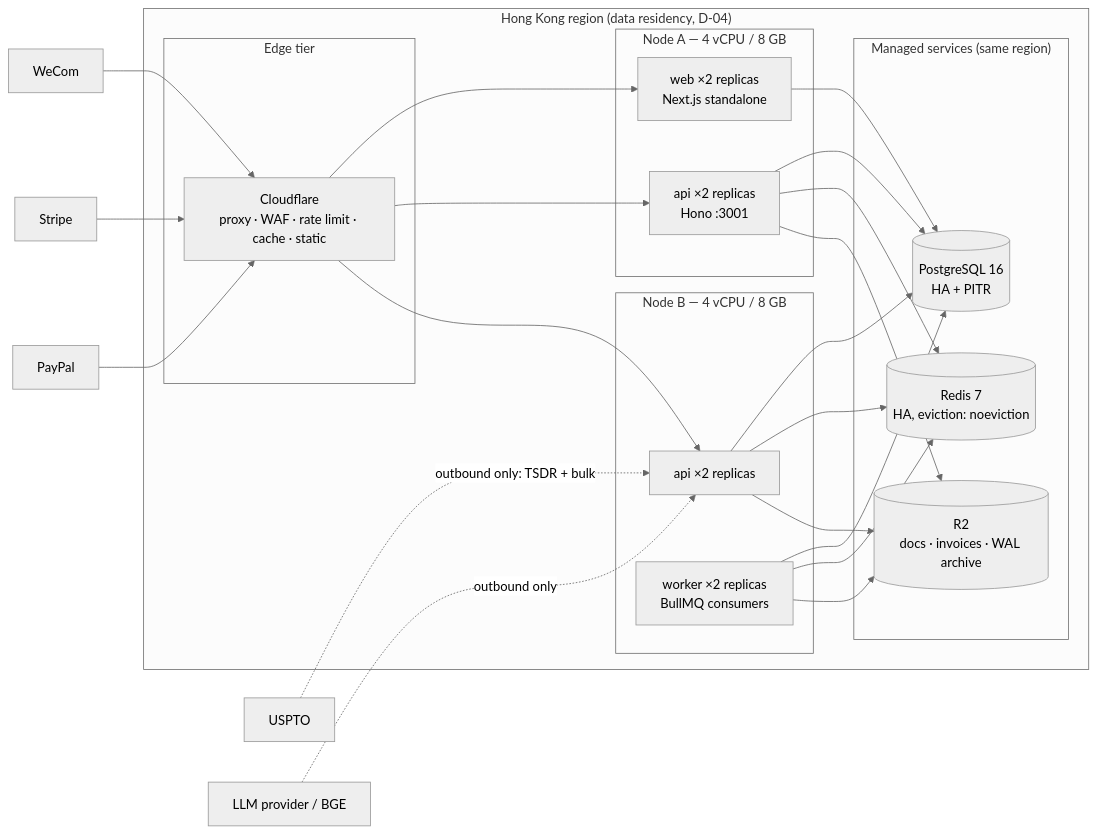
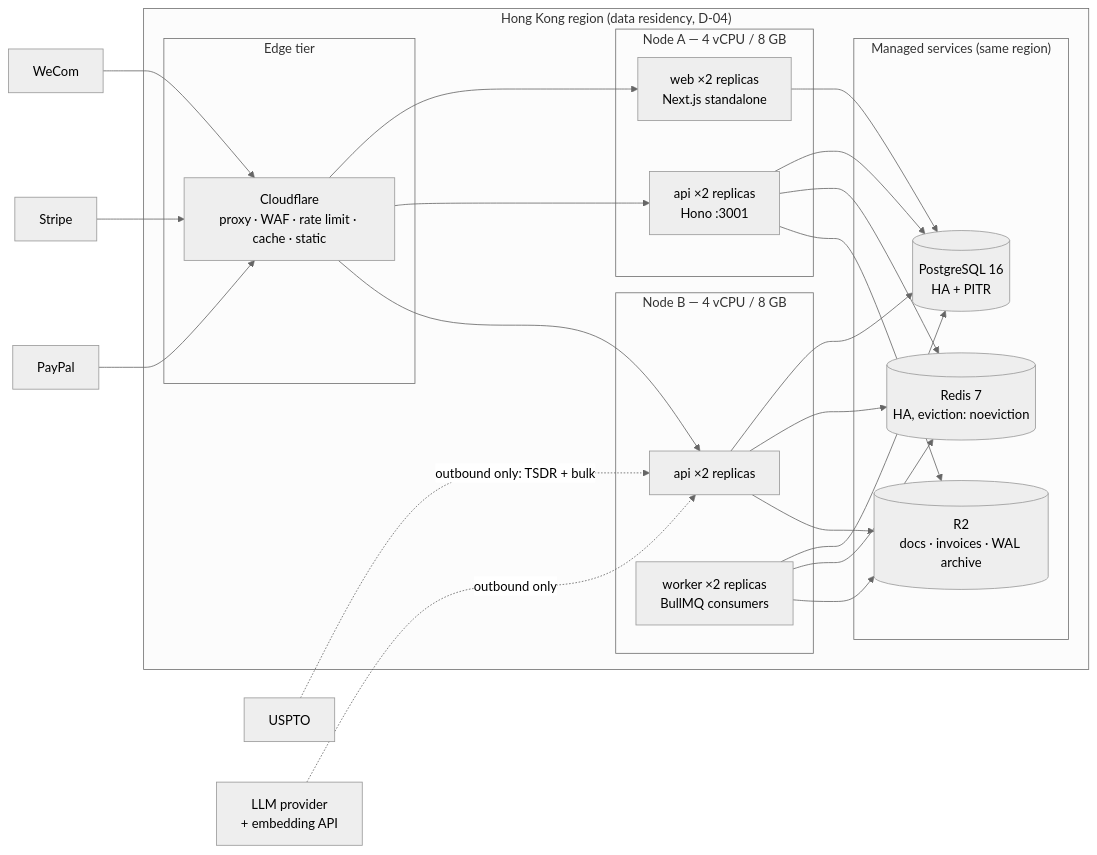
One commit to risk-free/Mark-us changed the second of 8 diagrams in docs/architecture/01-system-design.md. Above: the diagram before and after it, drawn with Mermaid (neutral theme). The commit also changed other lines of this file and 5 other files, not shown here.

````diff
--- a/docs/architecture/01-system-design.md
+++ b/docs/architecture/01-system-design.md
@@ -180,30 +180,30 @@
 ```mermaid
 flowchart LR
   subgraph hk["Hong Kong region (data residency, D-04)"]
     subgraph edge["Edge tier"]
       CF[Cloudflare<br/>proxy · WAF · rate limit · cache · static]
     end
     subgraph nodeA["Node A — 4 vCPU / 8 GB"]
       WEB[web ×2 replicas<br/>Next.js standalone]
       API1[api ×2 replicas<br/>Hono :3001]
     end
     subgraph nodeB["Node B — 4 vCPU / 8 GB"]
       API2[api ×2 replicas]
       WRK[worker ×2 replicas<br/>BullMQ consumers]
     end
     subgraph managed["Managed services (same region)"]
       PGM[(PostgreSQL 16<br/>HA + PITR)]
       RDM[(Redis 7<br/>HA, eviction: noeviction)]
       R2M[(R2<br/>docs · invoices · WAL archive)]
     end
   end
   WC[WeCom] --> CF
   ST[Stripe] --> CF
   PP[PayPal] --> CF
   TS[USPTO] -.->|outbound only: TSDR + bulk| API2
-  LLM[LLM provider / BGE] -.->|outbound only| API2
+  LLM[LLM provider<br/>+ embedding API] -.->|outbound only| API2
   CF --> WEB & API1 & API2
   WEB --> PGM
   API1 & API2 --> PGM & RDM & R2M
   WRK --> PGM & RDM & R2M
 ```
````
